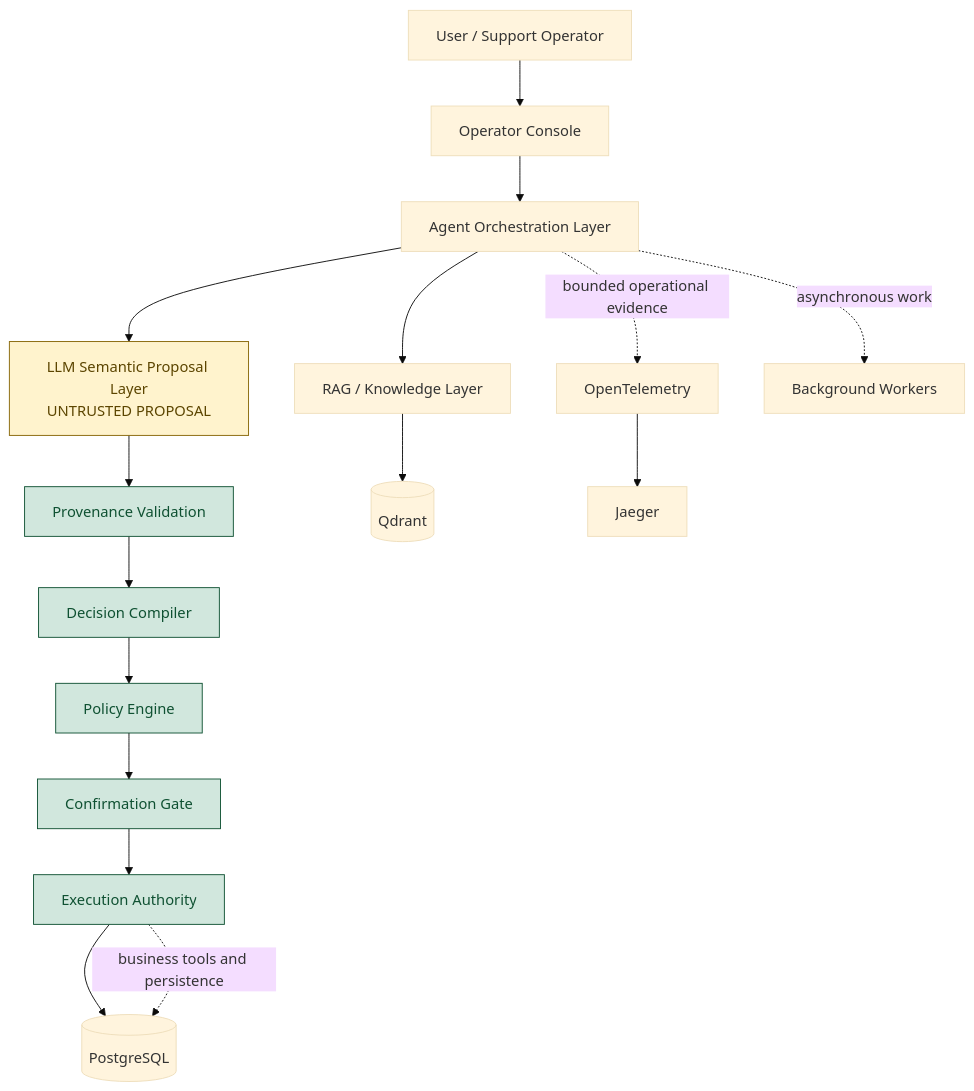
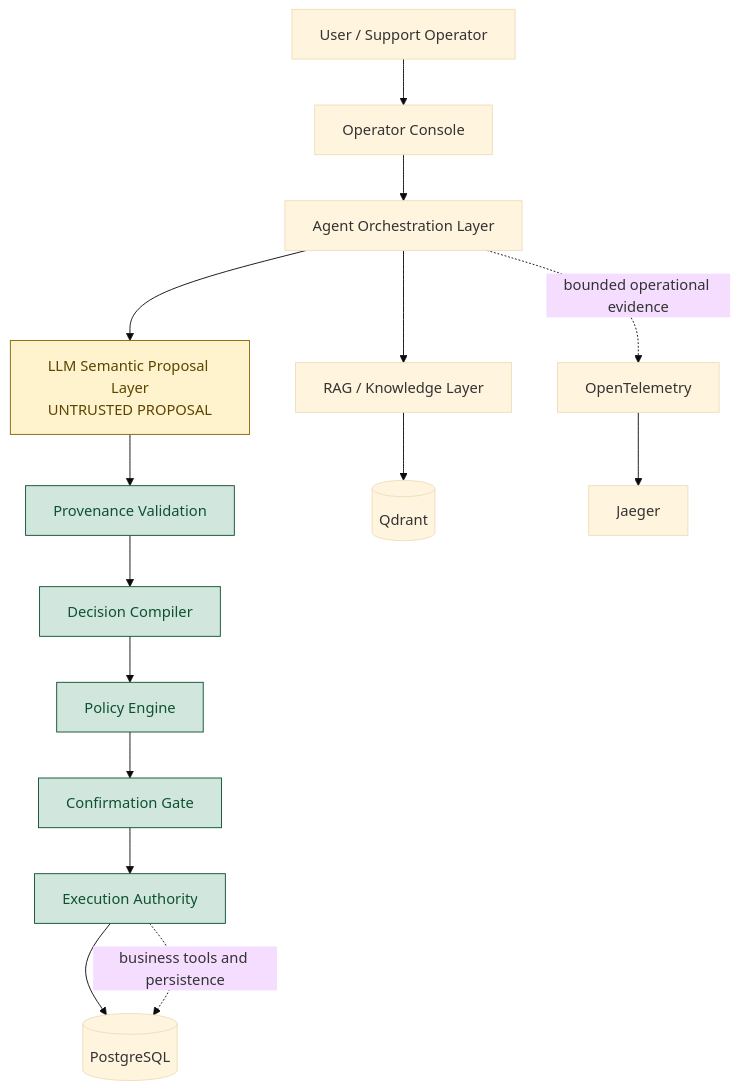
The diagram in docs/architecture.md (BopsAIle/agentic-customer-service-platform), drawn with Mermaid (base theme) before and after one commit. The commit also changed other lines of this file and 7 other files, not shown here.

````diff
--- a/docs/architecture.md
+++ b/docs/architecture.md
@@ -7,27 +7,26 @@
 ```mermaid
 flowchart TB
     USER[User / Support Operator] --> CONSOLE[Operator Console]
     CONSOLE --> AGENT[Agent Orchestration Layer]
 
     AGENT --> LLM[LLM Semantic Proposal Layer\nUNTRUSTED PROPOSAL]
     LLM --> PROVENANCE[Provenance Validation]
     PROVENANCE --> COMPILER[Decision Compiler]
     COMPILER --> POLICY[Policy Engine]
     POLICY --> CONFIRM[Confirmation Gate]
     CONFIRM --> AUTHORITY[Execution Authority]
     AUTHORITY --> POSTGRES[(PostgreSQL)]
 
     AGENT --> RAG[RAG / Knowledge Layer]
     RAG --> QDRANT[(Qdrant)]
 
     AGENT -. bounded operational evidence .-> OTEL[OpenTelemetry]
     OTEL --> JAEGER[Jaeger]
-    AGENT -. asynchronous work .-> WORKERS[Background Workers]
 
     AUTHORITY -. business tools and persistence .-> POSTGRES
 
     classDef untrusted fill:#fff3cd,stroke:#856404,color:#5c4500
     classDef authority fill:#d1e7dd,stroke:#0f5132,color:#0f5132
     class LLM untrusted
     class PROVENANCE,COMPILER,POLICY,CONFIRM,AUTHORITY authority
 ```
````
